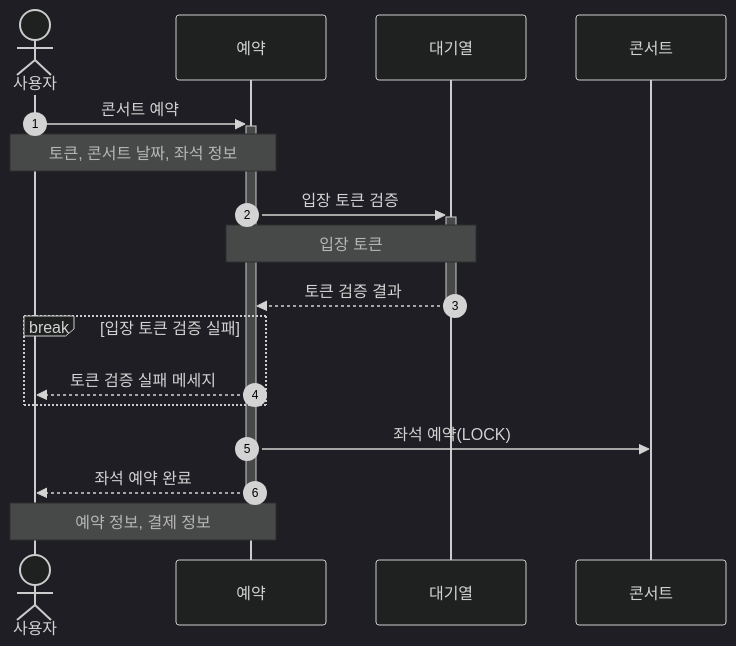
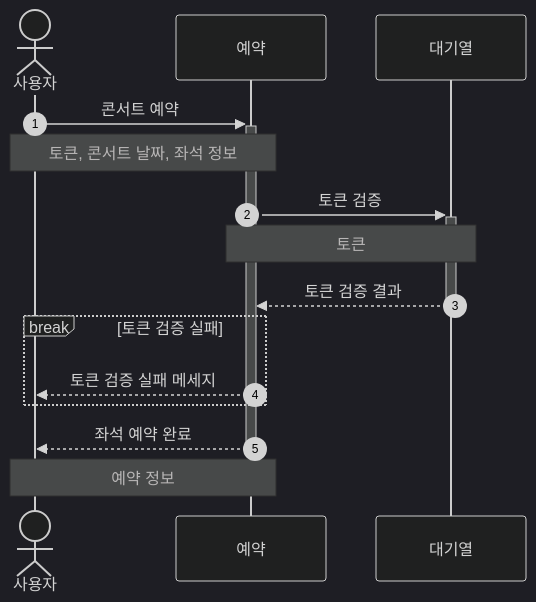
One commit to YoungWonBackendStudy/HHPlus-Concert-Reservation changed the fifth of 13 diagrams in README.md. Above: the diagram before and after it, drawn with Mermaid (dark theme). The commit also changed other lines of this file, not shown here.

````diff
--- a/README.md
+++ b/README.md
@@ -74,18 +72,17 @@
 ```mermaid
 sequenceDiagram
     autonumber
     actor 사용자
     사용자 ->>+ 예약: 콘서트 예약
     Note over 사용자, 예약: 토큰, 콘서트 날짜, 좌석 정보
 
-    예약 ->>+ 대기열: 입장 토큰 검증
-    Note over 예약, 대기열: 입장 토큰
+    예약 ->>+ 대기열: 토큰 검증
+    Note over 예약, 대기열: 토큰
     대기열 -->>- 예약: 토큰 검증 결과
-    break 입장 토큰 검증 실패
+    break 토큰 검증 실패
         예약 -->> 사용자: 토큰 검증 실패 메세지
     end
 
-    예약 ->> 콘서트: 좌석 예약(LOCK)
     예약 -->>- 사용자: 좌석 예약 완료
-    Note over 사용자, 예약: 예약 정보, 결제 정보
+    Note over 사용자, 예약: 예약 정보
 ```
````
